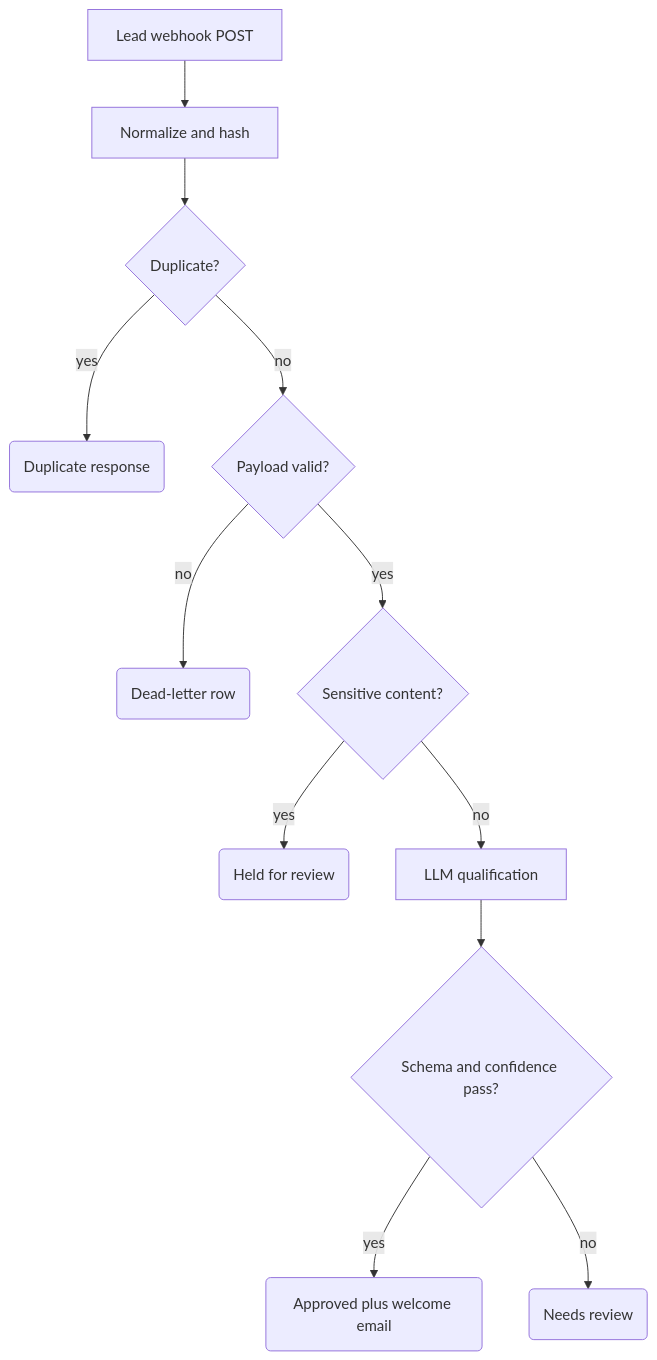
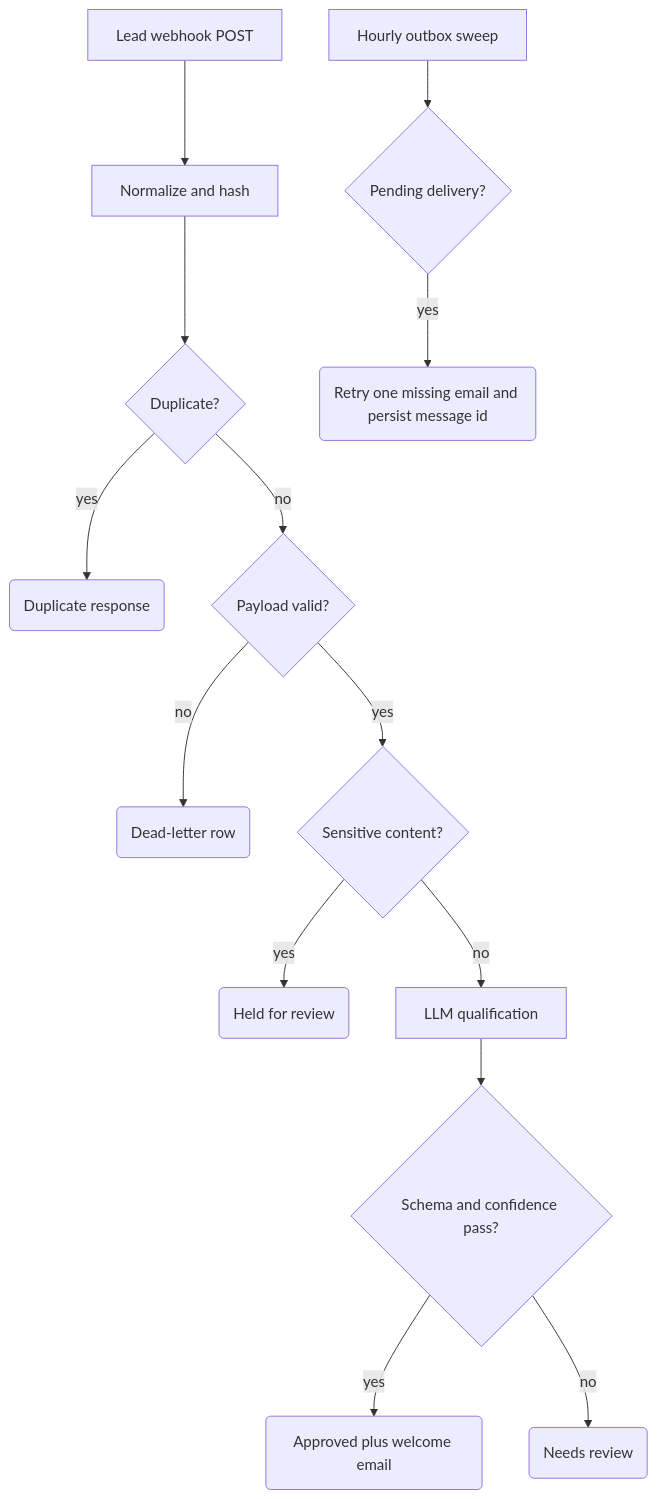
One commit to kuliberdalabs/n8n-sme-workflows changed the diagram in workflows/01-lead-intake/README.md. Above: the diagram before and after it, drawn with Mermaid. The commit also changed other lines of this file and 1 other file, not shown here.

Commit message:
fix: persist and reconcile lead email outbox (#2)

````diff
--- a/workflows/01-lead-intake/README.md
+++ b/workflows/01-lead-intake/README.md
@@ -18,14 +19,16 @@
 ```mermaid
 flowchart TD
   W[Lead webhook POST] --> N[Normalize and hash]
   N --> D{Duplicate?}
   D -- yes --> DUP(Duplicate response)
   D -- no --> V{Payload valid?}
   V -- no --> DL(Dead-letter row)
   V -- yes --> S{Sensitive content?}
   S -- yes --> H(Held for review)
   S -- no --> AI[LLM qualification]
   AI --> C{Schema and confidence pass?}
   C -- yes --> A(Approved plus welcome email)
   C -- no --> RV(Needs review)
+  O[Hourly outbox sweep] --> P{Pending delivery?}
+  P -- yes --> R(Retry one missing email and persist message id)
 ```
````
